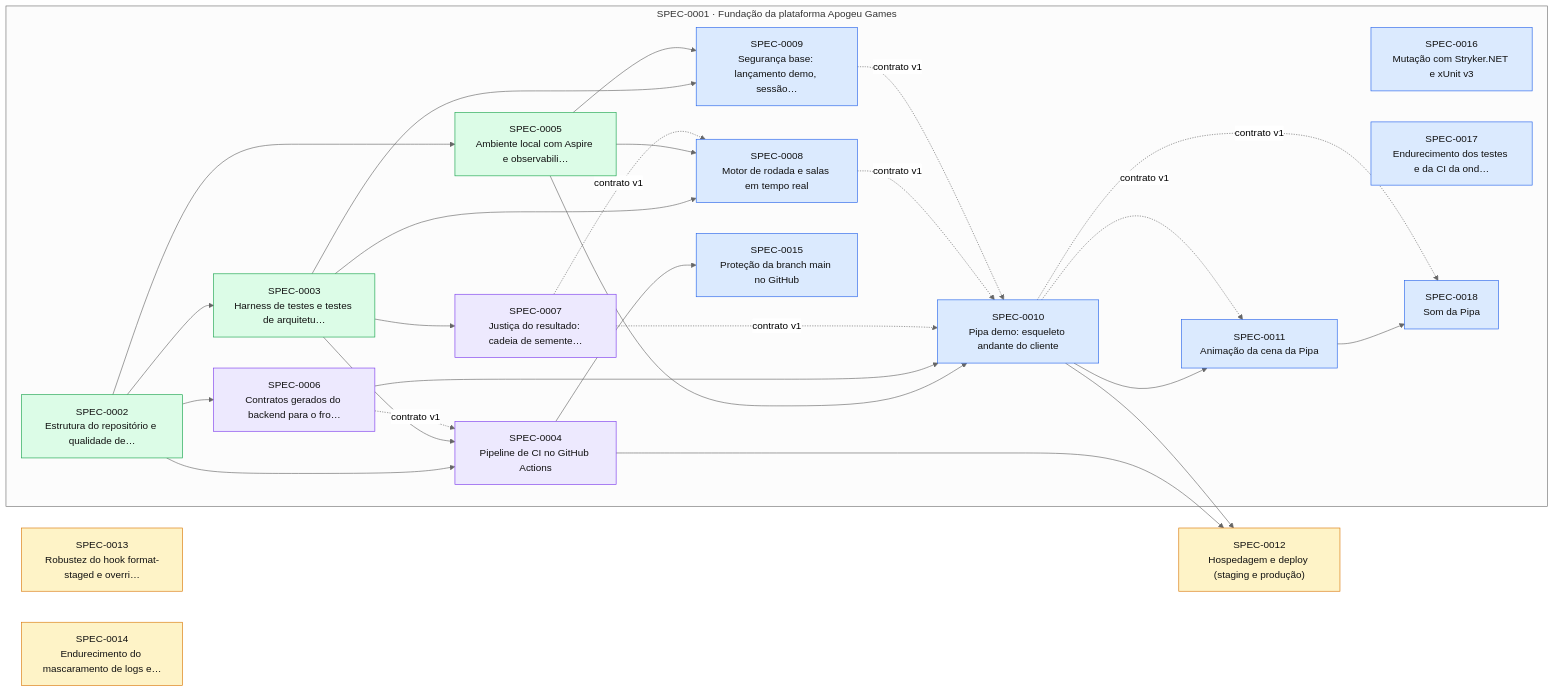
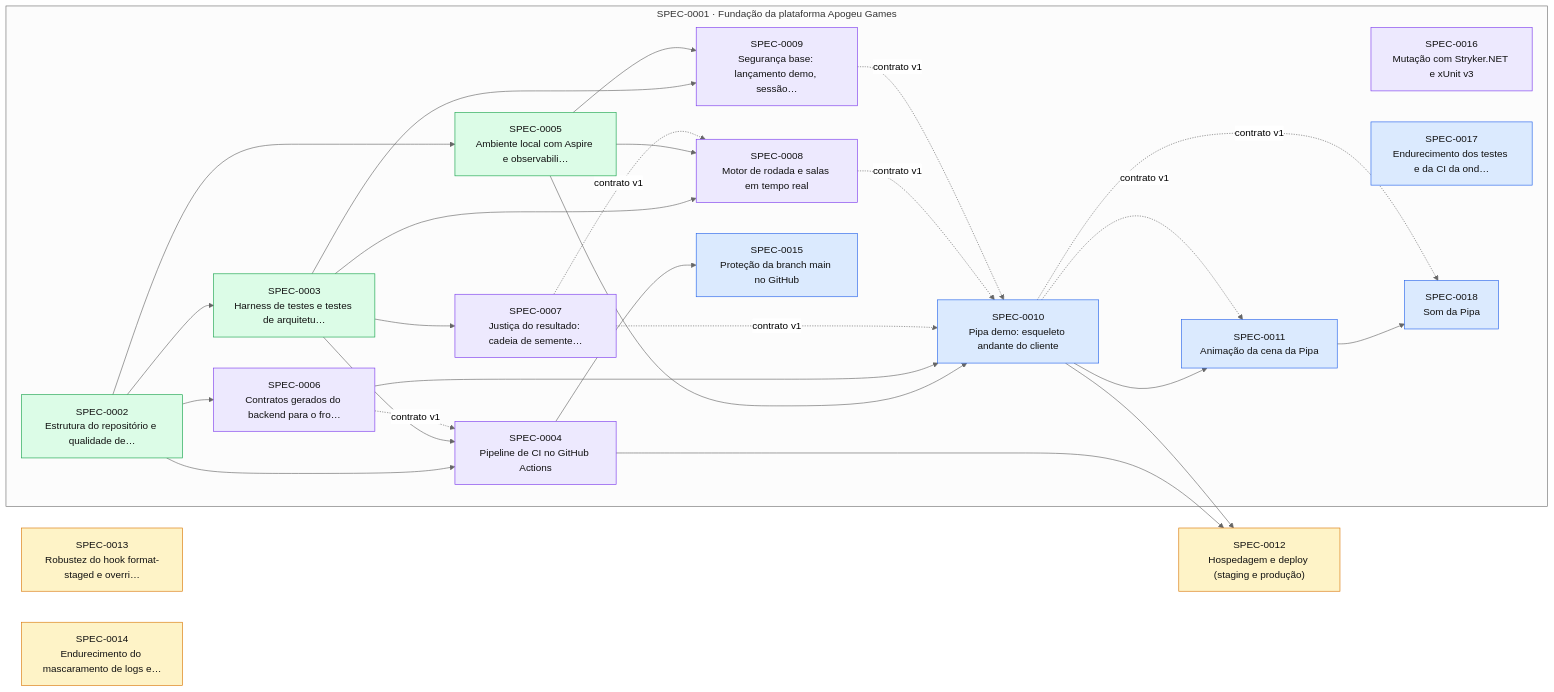
Before and after one commit to thomasravache/crash-games-provider: the diagram in docs/specs/INDEX.md, drawn with Mermaid (neutral theme). The commit also changed other lines of this file and 3 other files, not shown here.

````diff
--- a/docs/specs/INDEX.md
+++ b/docs/specs/INDEX.md
@@ -79,51 +79,51 @@
 ```mermaid
 flowchart LR
   S0012["SPEC-0012<br/>Hospedagem e deploy (staging e produção)"]:::proposed
   S0013["SPEC-0013<br/>Robustez do hook format-staged e overri…"]:::proposed
   S0014["SPEC-0014<br/>Endurecimento do mascaramento de logs e…"]:::proposed
   subgraph E0001["SPEC-0001 · Fundação da plataforma Apogeu Games"]
     S0002["SPEC-0002<br/>Estrutura do repositório e qualidade de…"]:::implemented
     S0003["SPEC-0003<br/>Harness de testes e testes de arquitetu…"]:::implemented
     S0004["SPEC-0004<br/>Pipeline de CI no GitHub Actions"]:::inprogress
     S0005["SPEC-0005<br/>Ambiente local com Aspire e observabili…"]:::implemented
     S0006["SPEC-0006<br/>Contratos gerados do backend para o fro…"]:::inprogress
     S0007["SPEC-0007<br/>Justiça do resultado: cadeia de semente…"]:::inprogress
-    S0008["SPEC-0008<br/>Motor de rodada e salas em tempo real"]:::approved
-    S0009["SPEC-0009<br/>Segurança base: lançamento demo, sessão…"]:::approved
+    S0008["SPEC-0008<br/>Motor de rodada e salas em tempo real"]:::inprogress
+    S0009["SPEC-0009<br/>Segurança base: lançamento demo, sessão…"]:::inprogress
     S0010["SPEC-0010<br/>Pipa demo: esqueleto andante do cliente"]:::approved
     S0011["SPEC-0011<br/>Animação da cena da Pipa"]:::approved
     S0015["SPEC-0015<br/>Proteção da branch main no GitHub"]:::approved
-    S0016["SPEC-0016<br/>Mutação com Stryker.NET e xUnit v3"]:::approved
+    S0016["SPEC-0016<br/>Mutação com Stryker.NET e xUnit v3"]:::inprogress
     S0017["SPEC-0017<br/>Endurecimento dos testes e da CI da ond…"]:::approved
     S0018["SPEC-0018<br/>Som da Pipa"]:::approved
   end
   S0002 --> S0003
   S0002 --> S0004
   S0003 --> S0004
   S0006 -. contrato v1 .-> S0004
   S0002 --> S0005
   S0002 --> S0006
   S0003 --> S0007
   S0003 --> S0008
   S0005 --> S0008
   S0007 -. contrato v1 .-> S0008
   S0003 --> S0009
   S0005 --> S0009
   S0005 --> S0010
   S0006 --> S0010
   S0007 -. contrato v1 .-> S0010
   S0008 -. contrato v1 .-> S0010
   S0009 -. contrato v1 .-> S0010
   S0010 --> S0011
   S0010 -. contrato v1 .-> S0011
   S0004 --> S0012
   S0010 --> S0012
   S0004 --> S0015
   S0011 --> S0018
   S0010 -. contrato v1 .-> S0018
   classDef proposed fill:#fef3c7,stroke:#d97706,color:#111
   classDef approved fill:#dbeafe,stroke:#2563eb,color:#111
   classDef inprogress fill:#ede9fe,stroke:#7c3aed,color:#111
   classDef implemented fill:#dcfce7,stroke:#16a34a,color:#111
   classDef deprecated fill:#f3f4f6,stroke:#9ca3af,color:#6b7280
 ```
````
